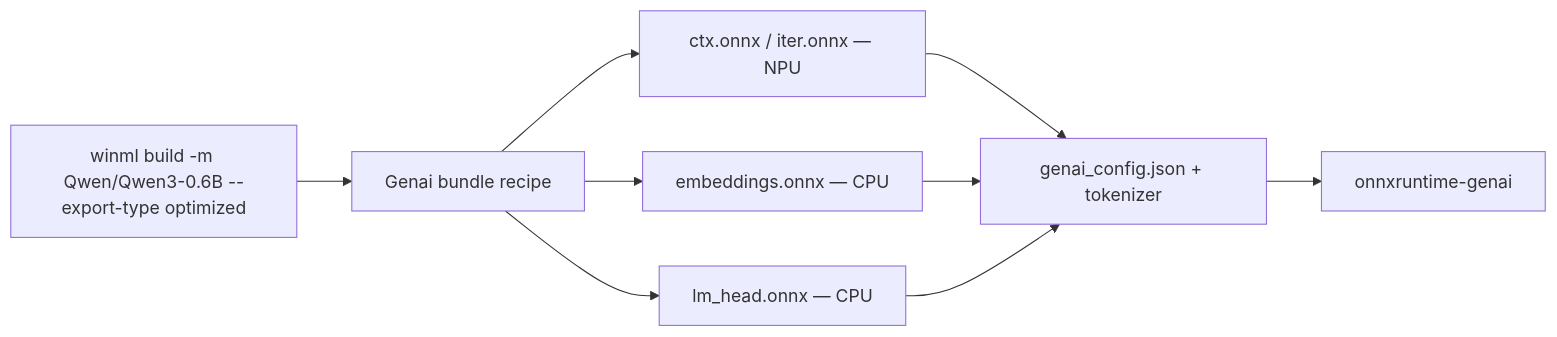
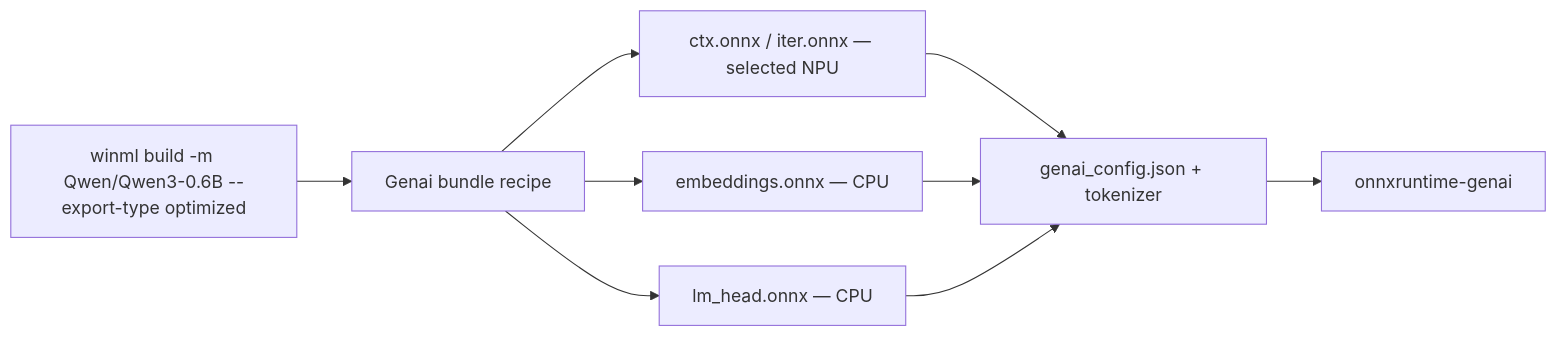
The diagram in docs/samples/qwen3-genai-bundle.md (microsoft/winml-cli), drawn with Mermaid before and after one commit. The commit also changed other lines of this file and 1 other file, not shown here.

First line of the commit message:
docs: document Qwen3 on Intel OpenVINO NPU (#1462)

````diff
--- a/docs/samples/qwen3-genai-bundle.md
+++ b/docs/samples/qwen3-genai-bundle.md
@@ -31,11 +35,11 @@
 ```mermaid
 graph LR
     A["winml build -m Qwen/Qwen3-0.6B --export-type optimized"] --> B[Genai bundle recipe]
-    B --> C[ctx.onnx / iter.onnx — NPU]
+    B --> C[ctx.onnx / iter.onnx — selected NPU]
     B --> D[embeddings.onnx — CPU]
     B --> E[lm_head.onnx — CPU]
     C --> F[genai_config.json + tokenizer]
     D --> F
     E --> F
     F --> G[onnxruntime-genai]
 ```
````
